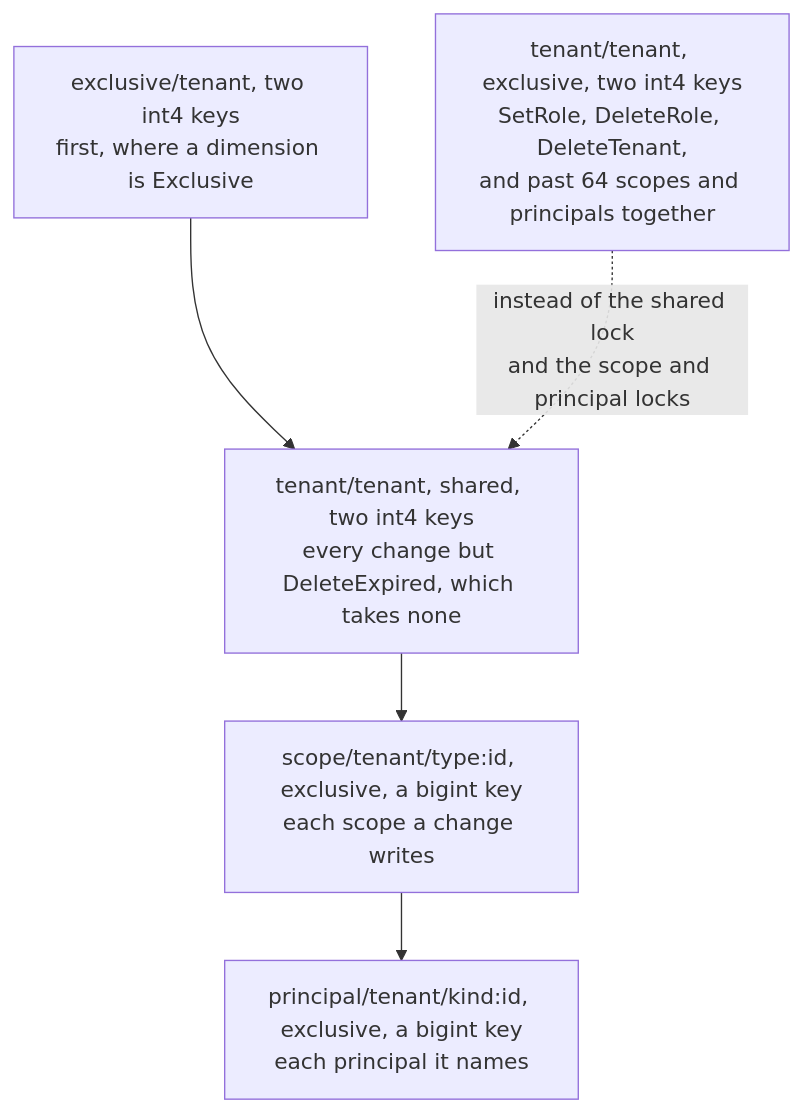
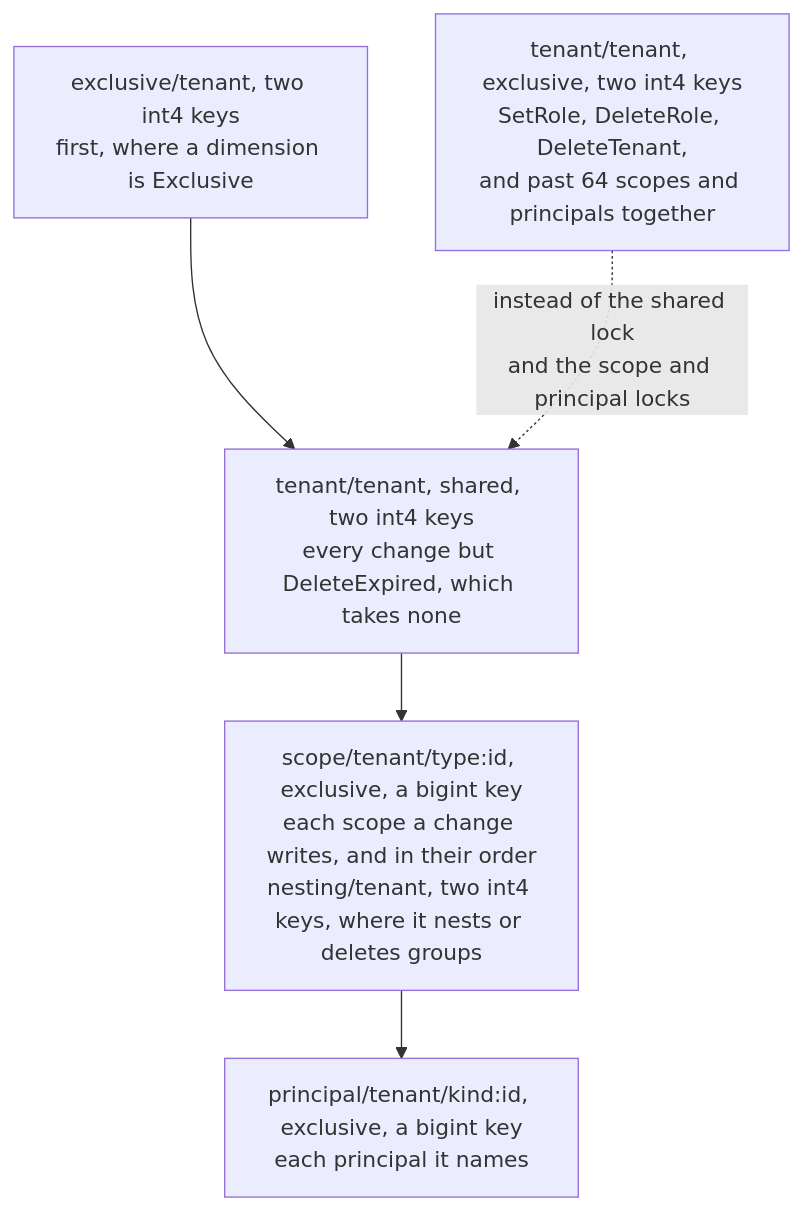
One commit to parallelworks/rbac changed diagram 11 of 14 in docs/architecture.md. Above: the diagram before and after it, drawn with Mermaid. The commit also changed other lines of this file and 3 other files, not shown here.

First line of the commit message:
fix: an id crafted to match another tenant's nesting lock holds back every group deletion and nesting change there while its own change runs

````diff
--- a/docs/architecture.md
+++ b/docs/architecture.md
@@ -790,7 +790,7 @@
 ```mermaid
 flowchart TB
     excl["exclusive/tenant, two int4 keys<br/>first, where a dimension is Exclusive"] --> tshared["tenant/tenant, shared, two int4 keys<br/>every change but DeleteExpired, which takes none"]
-    tshared --> scope["scope/tenant/type:id, exclusive, a bigint key<br/>each scope a change writes"]
+    tshared --> scope["scope/tenant/type:id, exclusive, a bigint key<br/>each scope a change writes, and in their order<br/>nesting/tenant, two int4 keys, where it nests or deletes groups"]
     scope --> princ["principal/tenant/kind:id, exclusive, a bigint key<br/>each principal it names"]
     texcl["tenant/tenant, exclusive, two int4 keys<br/>SetRole, DeleteRole, DeleteTenant,<br/>and past 64 scopes and principals together"] -.->|"instead of the shared lock<br/>and the scope and principal locks"| tshared
 ```
````
